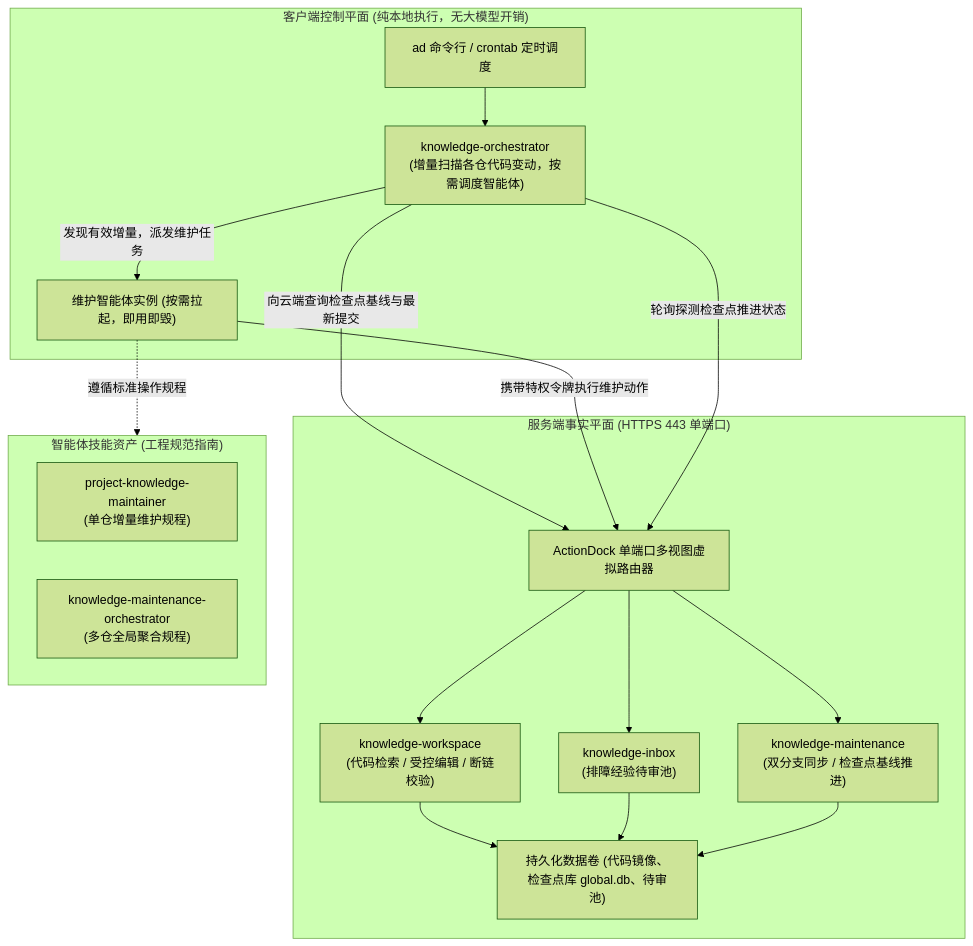
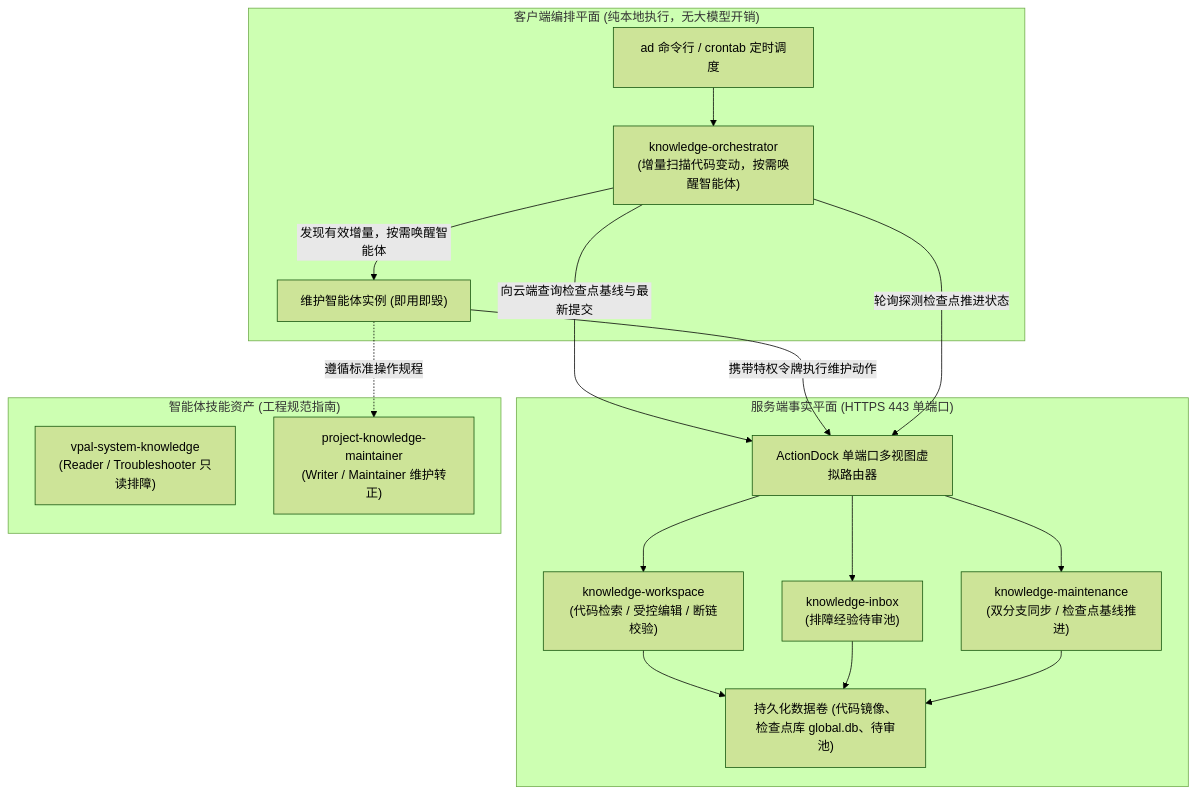
The diagram in README.md (fjay/knowledge-dock), drawn with Mermaid (forest theme) before and after one commit. The commit also changed other lines of this file and 2 other files, not shown here.

Commit message:
docs: align architecture and background with original design draft

````diff
--- a/README.md
+++ b/README.md
@@ -51,34 +27,34 @@
 ```mermaid
 flowchart TD
-    subgraph ClientPlane ["客户端控制平面 (纯本地执行，无大模型开销)"]
+    subgraph ClientPlane ["客户端编排平面 (纯本地执行，无大模型开销)"]
         CLI["ad 命令行 / crontab 定时调度"]
-        Orchestrator["knowledge-orchestrator<br/>(增量扫描各仓代码变动，按需调度智能体)"]
-        LocalAgent["维护智能体实例 (按需拉起，即用即毁)"]
+        Orchestrator["knowledge-orchestrator<br/>(增量扫描代码变动，按需唤醒智能体)"]
+        LocalAgent["维护智能体实例 (即用即毁)"]
     end
 
     subgraph ServerPlane ["服务端事实平面 (HTTPS 443 单端口)"]
         Router["ActionDock 单端口多视图虚拟路由器"]
         Workspace["knowledge-workspace<br/>(代码检索 / 受控编辑 / 断链校验)"]
         Inbox["knowledge-inbox<br/>(排障经验待审池)"]
         Maintenance["knowledge-maintenance<br/>(双分支同步 / 检查点基线推进)"]
         Storage["持久化数据卷 (代码镜像、检查点库 global.db、待审池)"]
     end
 
     subgraph SkillsAsset ["智能体技能资产 (工程规范指南)"]
-        SingleSkill["project-knowledge-maintainer<br/>(单仓增量维护规程)"]
-        MultiSkill["knowledge-maintenance-orchestrator<br/>(多仓全局聚合规程)"]
+        ReaderSkill["vpal-system-knowledge<br/>(Reader / Troubleshooter 只读排障)"]
+        MaintainerSkill["project-knowledge-maintainer<br/>(Writer / Maintainer 维护转正)"]
     end
 
     CLI --> Orchestrator
     Orchestrator -->|"向云端查询检查点基线与最新提交"| Router
-    Orchestrator -->|"发现有效增量，派发维护任务"| LocalAgent
-    LocalAgent -.->|"遵循标准操作规程"| SkillsAsset
+    Orchestrator -->|"发现有效增量，按需唤醒智能体"| LocalAgent
+    LocalAgent -.->|"遵循标准操作规程"| MaintainerSkill
     LocalAgent -->|"携带特权令牌执行维护动作"| Router
     Router --> Workspace
     Router --> Inbox
     Router --> Maintenance
     Workspace --> Storage
     Inbox --> Storage
     Maintenance --> Storage
     Orchestrator -->|"轮询探测检查点推进状态"| Router
 ```
````
